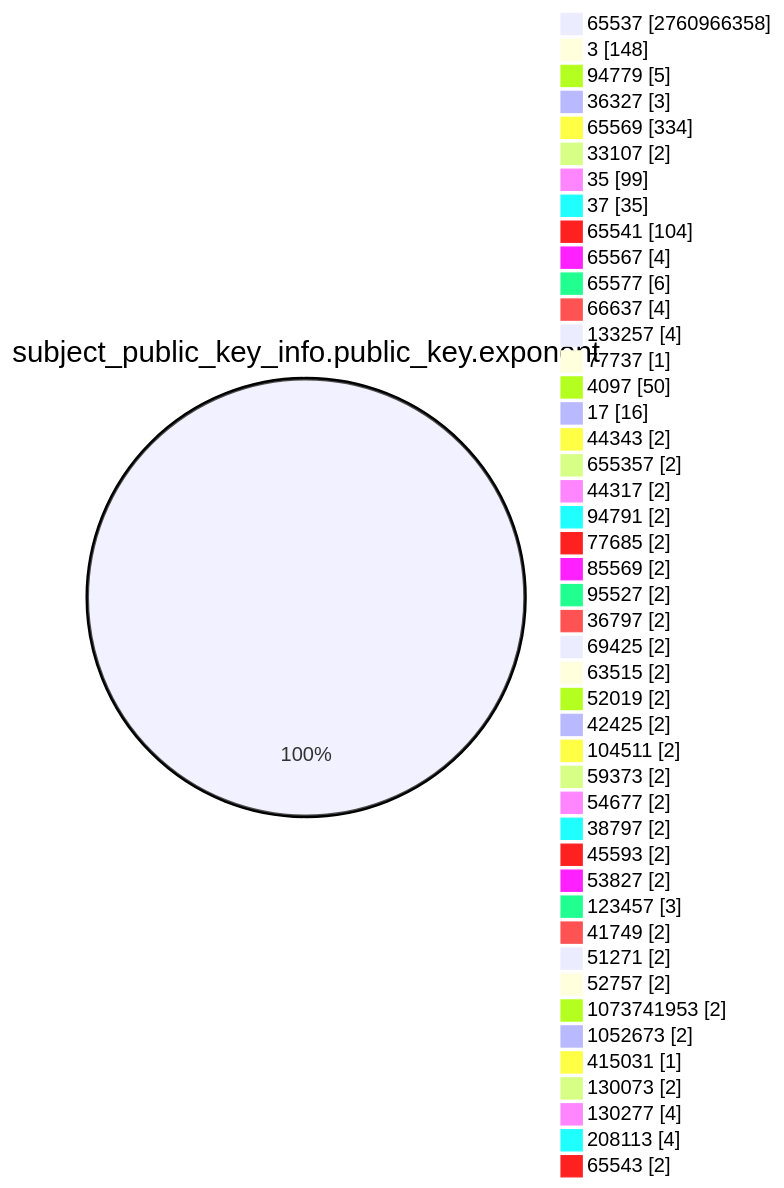
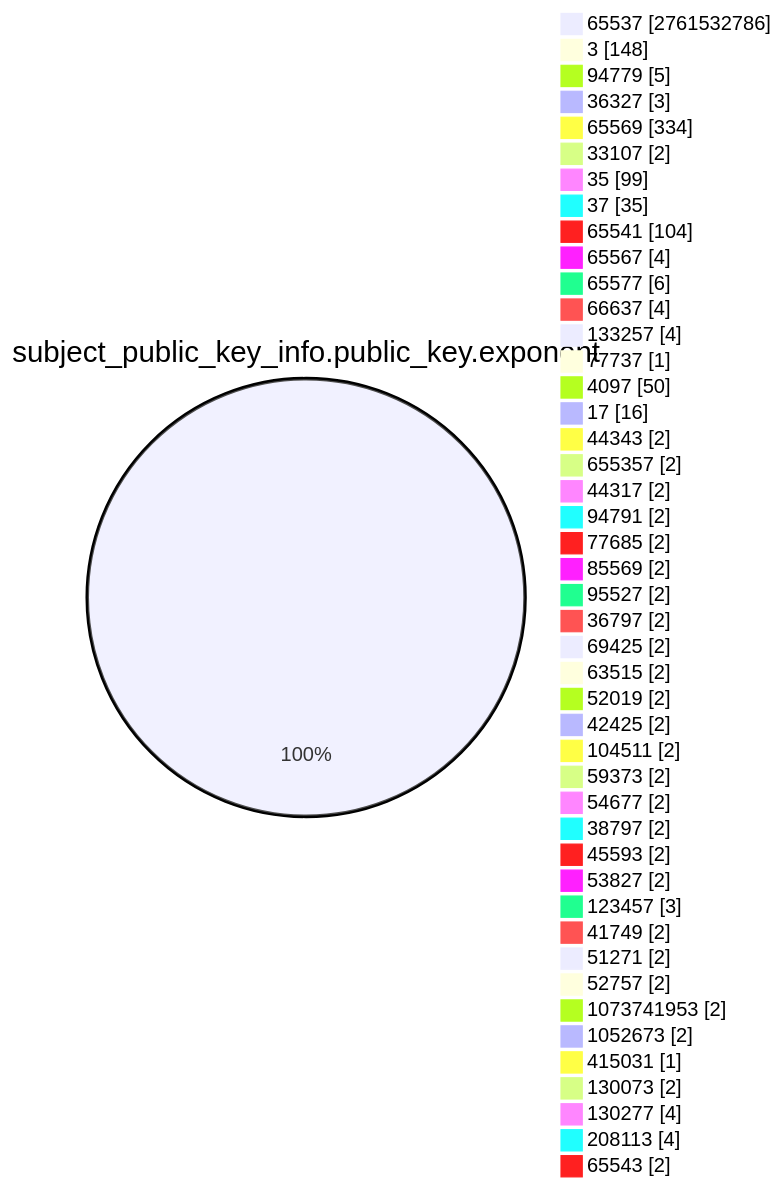
The fourth of 15 diagrams in TOTAL/README.md (christiankrug/ctmonitor_visualization), drawn with Mermaid before and after one commit. The commit also changed other lines of this file, not shown here.

````diff
--- a/TOTAL/README.md
+++ b/TOTAL/README.md
@@ -1467,49 +1467,49 @@
 ```mermaid
 pie showData
 title subject_public_key_info.public_key.exponent
-"65537" :2760966358
+"65537" :2761532786
 "3" :148
 "94779" :5
 "36327" :3
 "65569" :334
 "33107" :2
 "35" :99
 "37" :35
 "65541" :104
 "65567" :4
 "65577" :6
 "66637" :4
 "133257" :4
 "77737" :1
 "4097" :50
 "17" :16
 "44343" :2
 "655357" :2
 "44317" :2
 "94791" :2
 "77685" :2
 "85569" :2
 "95527" :2
 "36797" :2
 "69425" :2
 "63515" :2
 "52019" :2
 "42425" :2
 "104511" :2
 "59373" :2
 "54677" :2
 "38797" :2
 "45593" :2
 "53827" :2
 "123457" :3
 "41749" :2
 "51271" :2
 "52757" :2
 "1073741953" :2
 "1052673" :2
 "415031" :1
 "130073" :2
 "130277" :4
 "208113" :4
 "65543" :2
 ```
````
